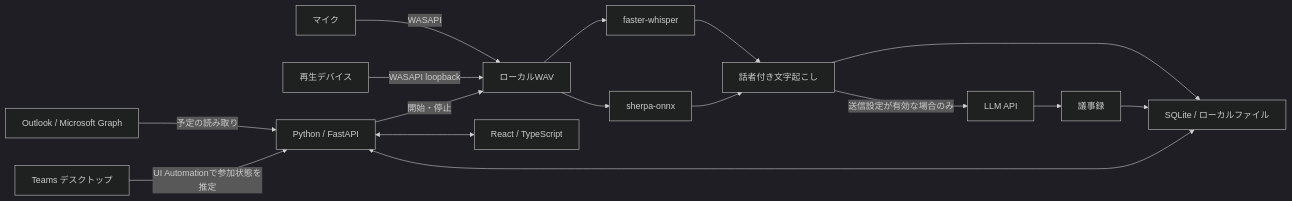
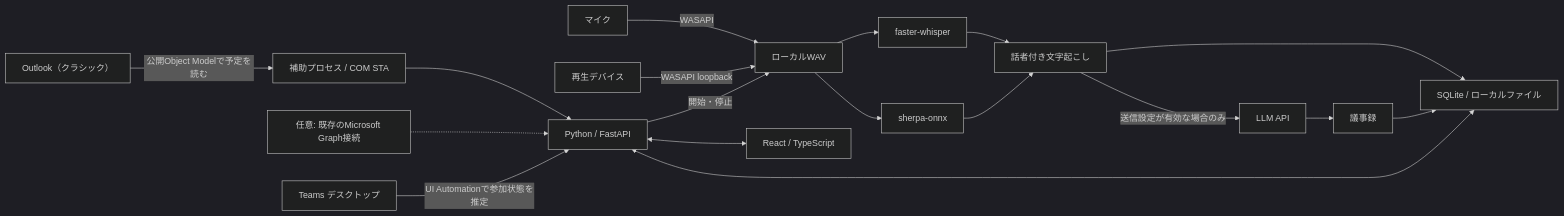
The diagram in docs/architecture.md (kitworks-iino/giji-automemo), drawn with Mermaid (dark theme) before and after one commit. The commit also changed other lines of this file and 38 other files, not shown here.

````diff
--- a/docs/architecture.md
+++ b/docs/architecture.md
@@ -5,18 +5,20 @@
 ```mermaid
 flowchart LR
-  Outlook[Outlook / Microsoft Graph] -->|予定の読み取り| Service[Python / FastAPI]
+  Outlook["Outlook（クラシック）"] -->|公開Object Modelで予定を読む| Worker["補助プロセス / COM STA"]
+  Worker --> Service["Python / FastAPI"]
+  Graph["任意: 既存のMicrosoft Graph接続"] -.-> Service
   Teams[Teams デスクトップ] -->|UI Automationで参加状態を推定| Service
   Mic[マイク] -->|WASAPI| Audio[ローカルWAV]
   Speaker[再生デバイス] -->|WASAPI loopback| Audio
   Service -->|開始・停止| Audio
   Audio --> ASR[faster-whisper]
   Audio --> Diarization[sherpa-onnx]
   ASR --> Transcript[話者付き文字起こし]
   Diarization --> Transcript
   Transcript -->|送信設定が有効な場合のみ| LLM[LLM API]
   LLM --> Minutes[議事録]
   Service <--> UI[React / TypeScript]
   Transcript --> Storage[SQLite / ローカルファイル]
   Minutes --> Storage
   Storage <--> Service
 ```
````
